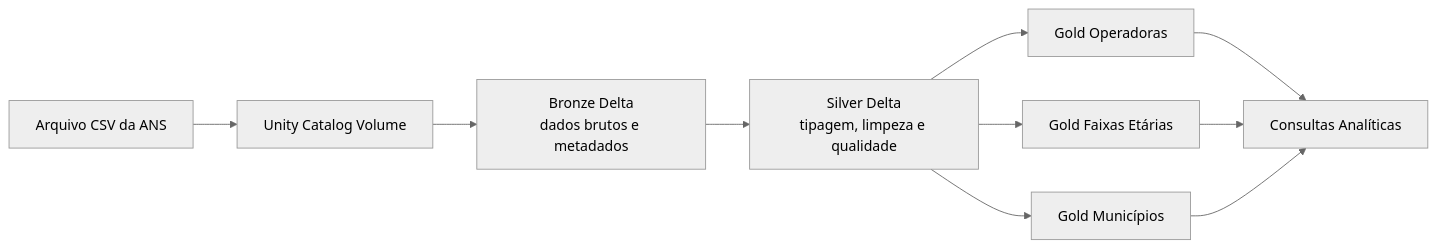
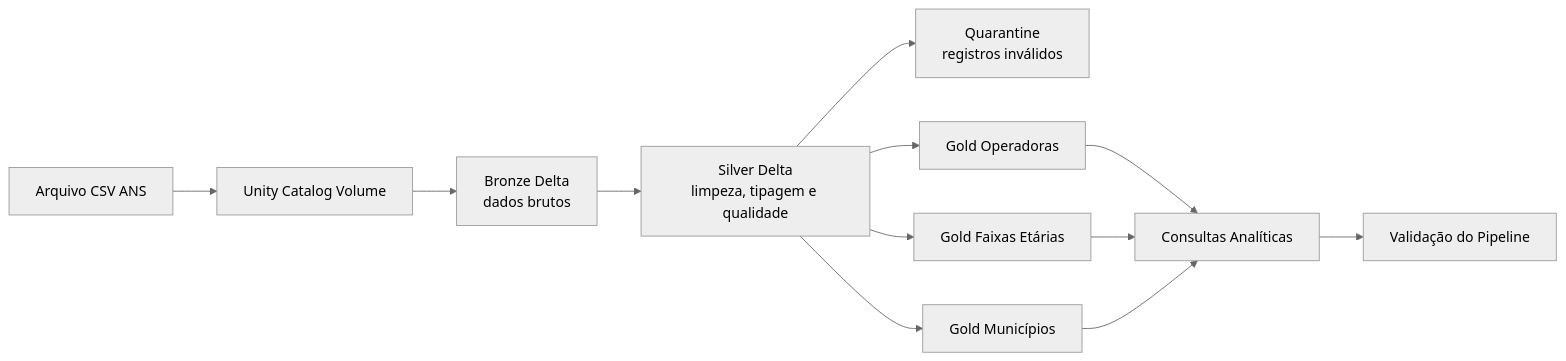
The diagram in README.md (anderson87p/healthcare-data-lakehouse), drawn with Mermaid (neutral theme) before and after one commit. The commit also changed other lines of this file and 7 other files, not shown here.

````diff
--- a/README.md
+++ b/README.md
@@ -23,12 +25,21 @@
 ```mermaid
 flowchart LR
-    A[Arquivo CSV da ANS] --> B[Unity Catalog Volume]
-    B --> C[Bronze Delta<br/>dados brutos e metadados]
-    C --> D[Silver Delta<br/>tipagem, limpeza e qualidade]
+    A[Arquivo CSV ANS]
+        --> B[Unity Catalog Volume]
+
+    B --> C[Bronze Delta<br/>dados brutos]
+
+    C --> D[Silver Delta<br/>limpeza, tipagem e qualidade]
+
+    D --> Q[Quarantine<br/>registros inválidos]
+
     D --> E1[Gold Operadoras]
     D --> E2[Gold Faixas Etárias]
     D --> E3[Gold Municípios]
+
     E1 --> F[Consultas Analíticas]
     E2 --> F
     E3 --> F
+
+    F --> G[Validação do Pipeline]
 ```
````
